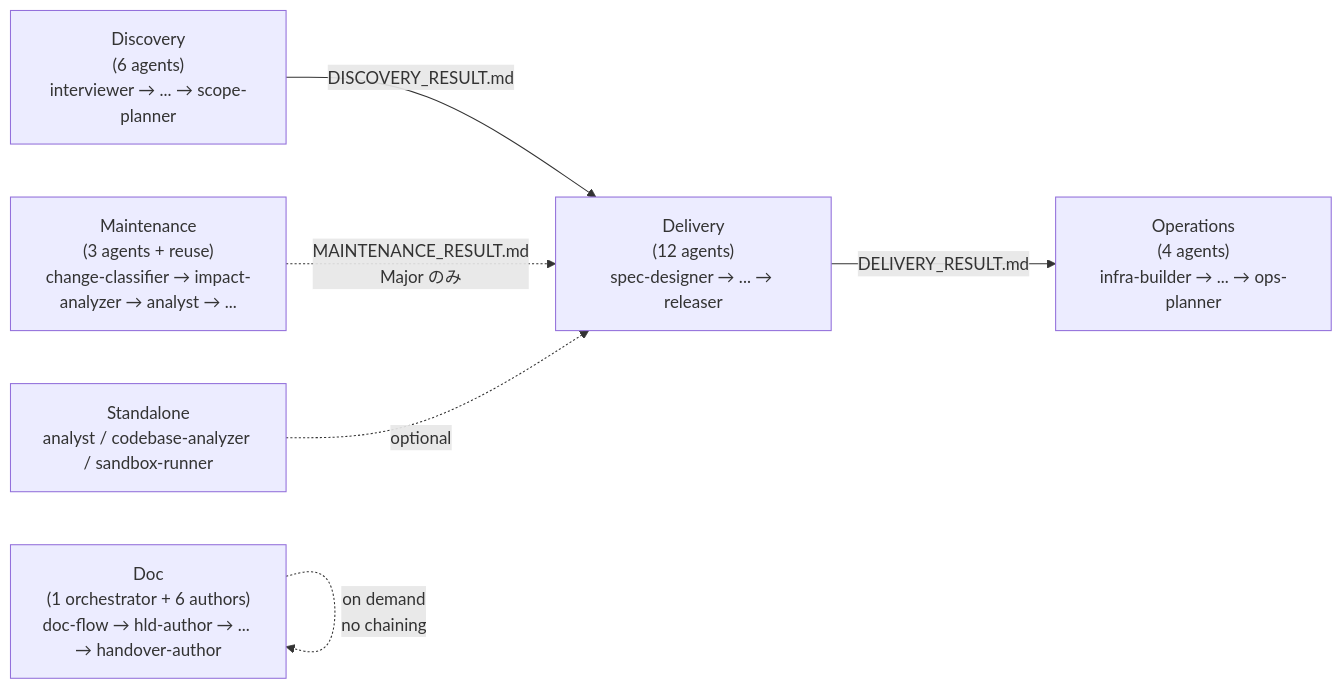
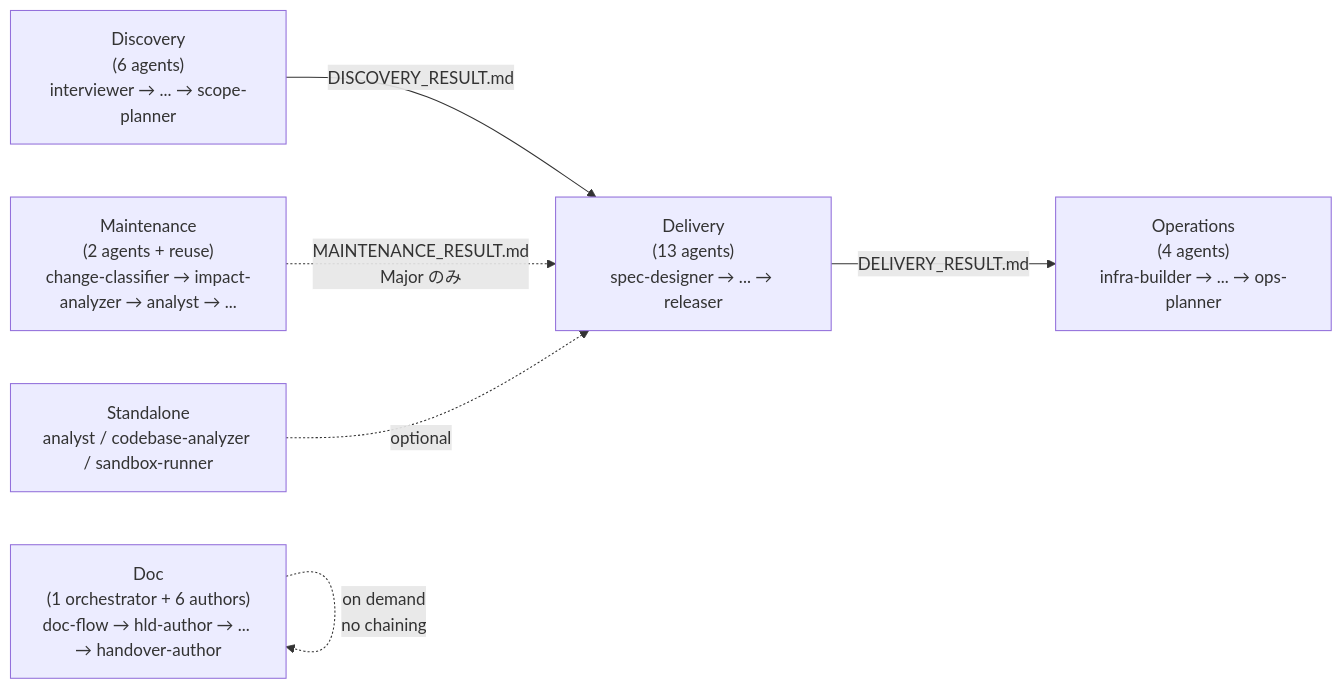
The second of 2 diagrams in docs/wiki/ja/Architecture-Domain-Model.md (kirin0198/aphelion-agents), drawn with Mermaid before and after one commit. The commit also changed other lines of this file and 53 other files, not shown here.

````diff
--- a/docs/wiki/ja/Architecture-Domain-Model.md
+++ b/docs/wiki/ja/Architecture-Domain-Model.md
@@ -74,15 +74,15 @@
 ```mermaid
 flowchart LR
     D["Discovery<br/>(6 agents)<br/>interviewer → ... → scope-planner"]
-    DV["Delivery<br/>(12 agents)<br/>spec-designer → ... → releaser"]
+    DV["Delivery<br/>(13 agents)<br/>spec-designer → ... → releaser"]
     O["Operations<br/>(4 agents)<br/>infra-builder → ... → ops-planner"]
-    M["Maintenance<br/>(3 agents + reuse)<br/>change-classifier → impact-analyzer → analyst → ..."]
+    M["Maintenance<br/>(2 agents + reuse)<br/>change-classifier → impact-analyzer → analyst → ..."]
     DC["Doc<br/>(1 orchestrator + 6 authors)<br/>doc-flow → hld-author → ... → handover-author"]
     S["Standalone<br/>analyst / codebase-analyzer / sandbox-runner"]
 
     D -->|DISCOVERY_RESULT.md| DV
     DV -->|DELIVERY_RESULT.md| O
     M -.->|MAINTENANCE_RESULT.md<br/>Major のみ| DV
     DC -.->|on demand<br/>no chaining| DC
     S -.optional.-> DV
 ```
````
